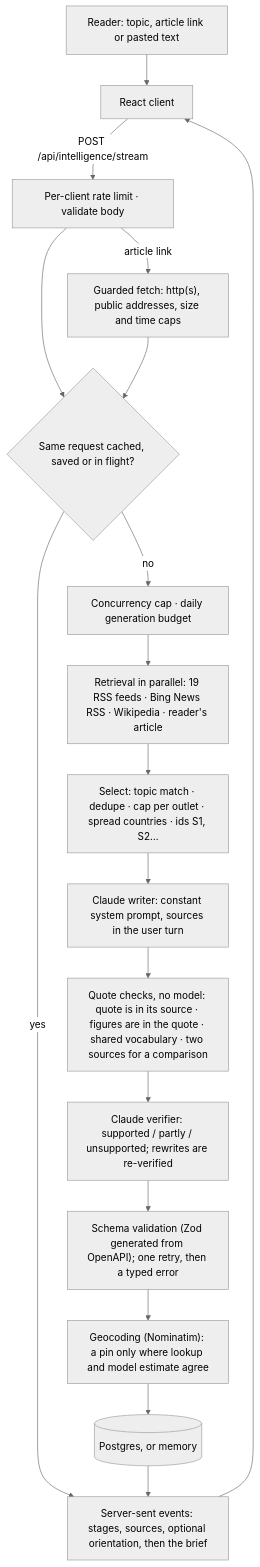
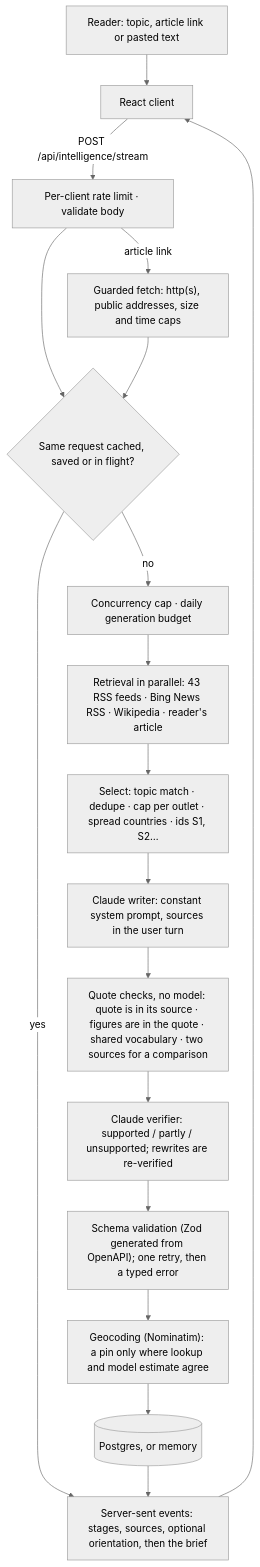
The diagram in README.md (Nicolercc/vantage), drawn with Mermaid (neutral theme) before and after one commit. The commit also changed 2 other files, not shown here.

Commit message:
feat(retrieval): read business, technology, science, national and sport desks
24 more publisher feeds from the UK, US, India, Pakistan and Hong Kong, so a
story outside world news has publisher reporting with a known outlet and
country, not only search results. All are cached like the world feeds.

````diff
--- a/README.md
+++ b/README.md
@@ -41,20 +41,20 @@
 ```mermaid
 flowchart TD
   A["Reader: topic, article link or pasted text"] --> B["React client"]
   B -->|"POST /api/intelligence/stream"| C["Per-client rate limit · validate body"]
   C -->|"article link"| D["Guarded fetch: http(s), public addresses, size and time caps"]
   C --> E{"Same request cached, saved or in flight?"}
   D --> E
   E -->|"yes"| Q
   E -->|"no"| F["Concurrency cap · daily generation budget"]
-  F --> G["Retrieval in parallel: 19 RSS feeds · Bing News RSS · Wikipedia · reader's article"]
+  F --> G["Retrieval in parallel: 43 RSS feeds · Bing News RSS · Wikipedia · reader's article"]
   G --> H["Select: topic match · dedupe · cap per outlet · spread countries · ids S1, S2…"]
   H --> I["Claude writer: constant system prompt, sources in the user turn"]
   I --> J["Quote checks, no model: quote is in its source · figures are in the quote · shared vocabulary · two sources for a comparison"]
   J --> K["Claude verifier: supported / partly / unsupported; rewrites are re-verified"]
   K --> L["Schema validation (Zod generated from OpenAPI); one retry, then a typed error"]
   L --> M["Geocoding (Nominatim): a pin only where lookup and model estimate agree"]
   M --> N[("Postgres, or memory")]
   N --> Q["Server-sent events: stages, sources, optional orientation, then the brief"]
   Q --> B
 ```
````
